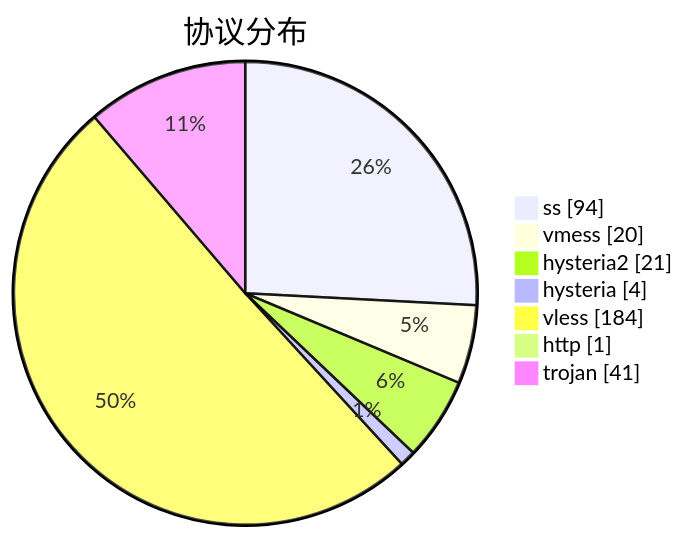
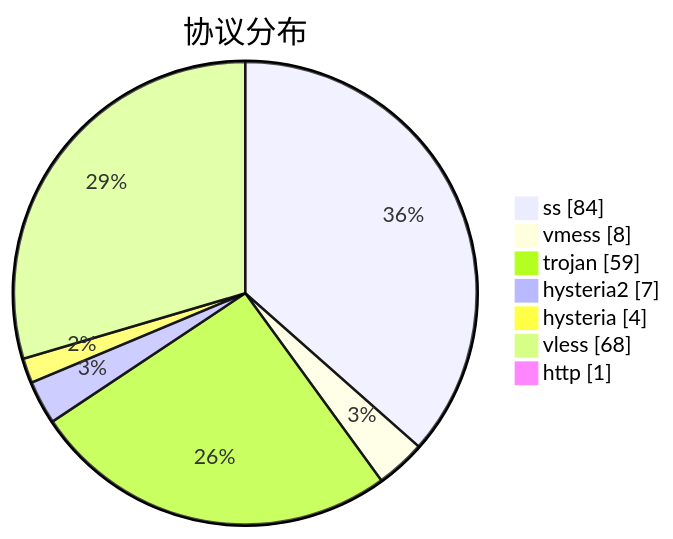
One commit to sinspired/airport changed the third of 3 diagrams in subs/statistics/tested_within.md. Above: the diagram before and after it, drawn with Mermaid. The commit also changed other lines of this file and 2 other files, not shown here.

````diff
--- a/subs/statistics/tested_within.md
+++ b/subs/statistics/tested_within.md
@@ -53,11 +48,11 @@
 ```mermaid
 pie showData
 title 协议分布
-"ss" : 94
-"vmess" : 20
-"hysteria2" : 21
+"ss" : 84
+"vmess" : 8
+"trojan" : 59
+"hysteria2" : 7
 "hysteria" : 4
-"vless" : 184
+"vless" : 68
 "http" : 1
-"trojan" : 41
 ```
````
